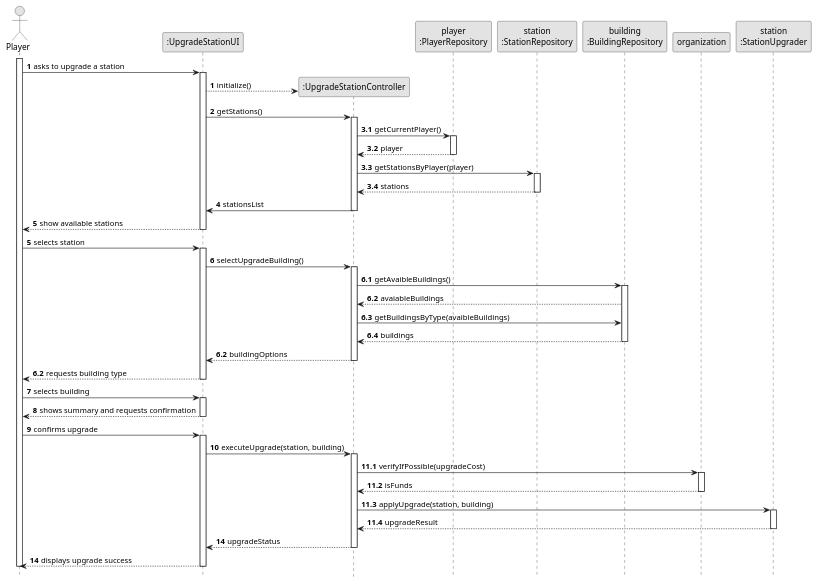
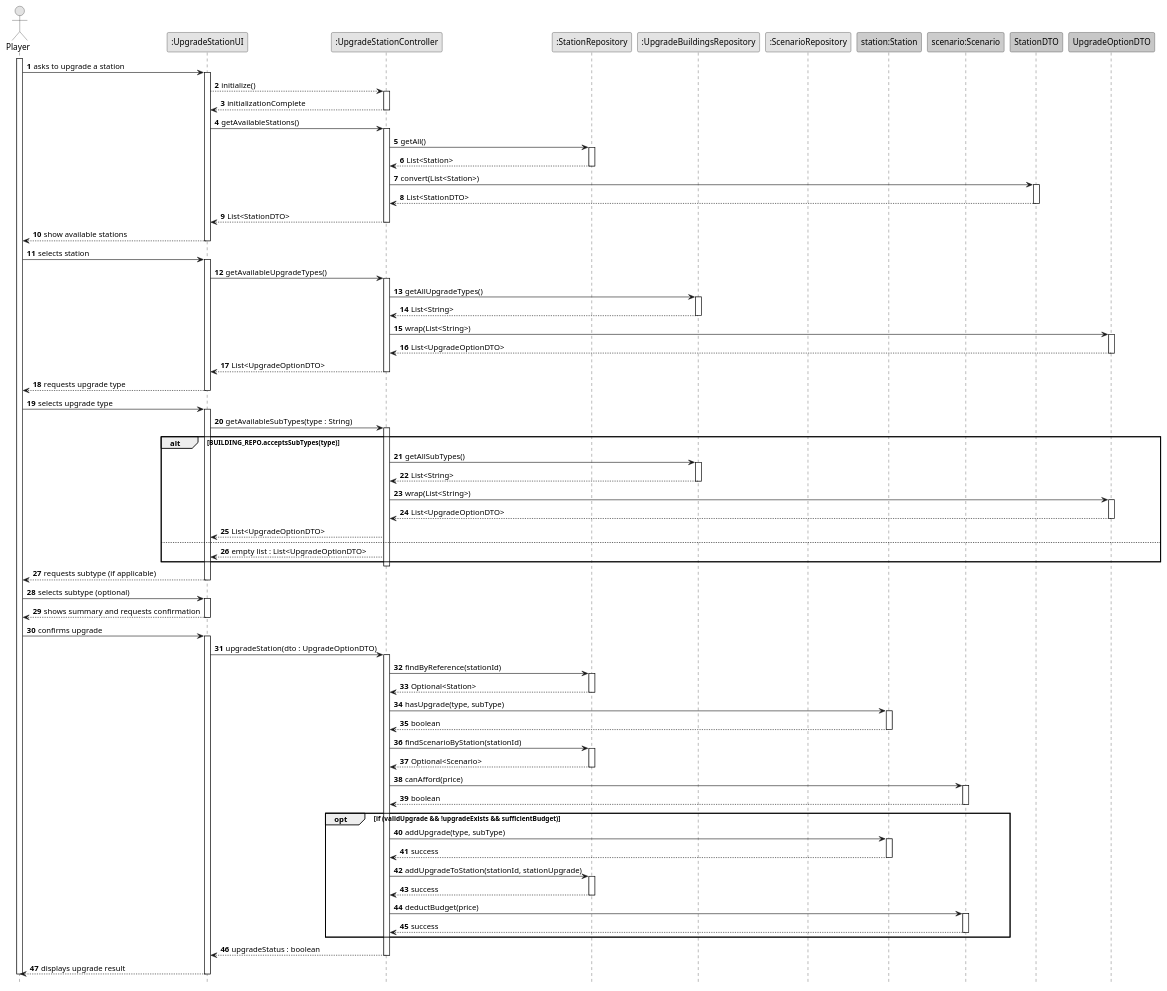
One commit to Andremonteiro1240850/railway_simulator changed the diagram in docs/system-documentation/US06/03.Design/puml/SSD-Full.puml. Above: the diagram before and after it, drawn with PlantUML. The commit also changed 7 other files, not shown here.

```diff
--- a/docs/system-documentation/US06/03.Design/puml/SSD-Full.puml
+++ b/docs/system-documentation/US06/03.Design/puml/SSD-Full.puml
@@ -1,118 +2,145 @@
 @startuml
 skinparam monochrome true
 skinparam packageStyle rectangle
 skinparam shadowing false
 
 autonumber
 
 hide footbox
 actor "Player" as PLAYER
 
 participant ":UpgradeStationUI" as UI
 participant ":UpgradeStationController" as CTRL
-participant "player\n:PlayerRepository" as PLAYER_REPO
-participant "station\n:StationRepository" as STATION_REPO
-participant "building\n:BuildingRepository" as BUILDING_REPO
-participant "organization" as ECONOMY
-participant "station\n:StationUpgrader" as UPGRADER
+participant ":StationRepository" as STATION_REPO
+participant ":UpgradeBuildingsRepository" as BUILDING_REPO
+participant ":ScenarioRepository" as SCENARIO_REPO
+participant "station:Station" as STATION_OBJ #LightBlue
+participant "scenario:Scenario" as SCENARIO_OBJ #LightBlue
+
+' DTOs adicionados
+participant "StationDTO" as STATION_DTO #LightGreen
+participant "UpgradeOptionDTO" as UPGRADE_DTO #LightGreen
 
 activate PLAYER
 
-    PLAYER -> UI : asks to upgrade a station
-    autonumber 1
+PLAYER -> UI : asks to upgrade a station
+activate UI
+    UI --> CTRL : initialize()
+    activate CTRL
+    CTRL --> UI : initializationComplete
+    deactivate CTRL
 
-    activate UI
-        UI --> CTRL** : initialize()
-        autonumber 2
-        UI -> CTRL : getStations()
-        autonumber 3
+    UI -> CTRL : getAvailableStations()
+    activate CTRL
+        CTRL -> STATION_REPO : getAll()
+        activate STATION_REPO
+        STATION_REPO --> CTRL : List<Station>
+        deactivate STATION_REPO
 
-        autonumber 3.1
-        activate CTRL
+        CTRL -> STATION_DTO : convert(List<Station>)
+        activate STATION_DTO
+        STATION_DTO --> CTRL : List<StationDTO>
+        deactivate STATION_DTO
+        CTRL --> UI : List<StationDTO>
+    deactivate CTRL
 
-                CTRL -> PLAYER_REPO : getCurrentPlayer()
-                activate PLAYER_REPO
-                    PLAYER_REPO --> CTRL : player
-                deactivate PLAYER_REPO
+    UI --> PLAYER : show available stations
+deactivate UI
 
-                CTRL -> STATION_REPO : getStationsByPlayer(player)
-                activate STATION_REPO
-                    STATION_REPO --> CTRL : stations
-                deactivate STATION_REPO
-
-            autonumber 4
-            CTRL -> UI : stationsList
-
-        deactivate CTRL
-        UI --> PLAYER : show available stations
-        autonumber 5
-    deactivate UI
-
-    PLAYER -> UI : selects station
-    autonumber 6
-    activate UI
-        UI -> CTRL : selectUpgradeBuilding()
-autonumber 6.1
-
-
-activate CTRL
-
-
-        CTRL -> BUILDING_REPO : getAvaibleBuildings()
-       activate BUILDING_REPO
-            BUILDING_REPO --> CTRL : avaiableBuildings
-
-
-        CTRL -> BUILDING_REPO : getBuildingsByType(avaibleBuildings)
-
-            BUILDING_REPO --> CTRL : buildings
+PLAYER -> UI : selects station
+activate UI
+    UI -> CTRL : getAvailableUpgradeTypes()
+    activate CTRL
+        CTRL -> BUILDING_REPO : getAllUpgradeTypes()
+        activate BUILDING_REPO
+        BUILDING_REPO --> CTRL : List<String>
         deactivate BUILDING_REPO
 
-    autonumber 6.2
+        CTRL -> UPGRADE_DTO : wrap(List<String>)
+        activate UPGRADE_DTO
+        UPGRADE_DTO --> CTRL : List<UpgradeOptionDTO>
+        deactivate UPGRADE_DTO
+        CTRL --> UI : List<UpgradeOptionDTO>
+    deactivate CTRL
 
+    UI --> PLAYER : requests upgrade type
+deactivate UI
 
-            CTRL --> UI : buildingOptions
-            autonumber 6.2
-        deactivate CTRL
+PLAYER -> UI : selects upgrade type
+activate UI
+    UI -> CTRL : getAvailableSubTypes(type : String)
+    activate CTRL
 
-        UI --> PLAYER : requests building type
-        autonumber 7
-    deactivate UI
+    alt BUILDING_REPO.acceptsSubTypes(type)
+        CTRL -> BUILDING_REPO : getAllSubTypes()
+        activate BUILDING_REPO
+        BUILDING_REPO --> CTRL : List<String>
+        deactivate BUILDING_REPO
 
-    PLAYER -> UI : selects building
-    autonumber 8
-    activate UI
-        UI --> PLAYER : shows summary and requests confirmation
-        autonumber 9
-    deactivate UI
+        CTRL -> UPGRADE_DTO : wrap(List<String>)
+        activate UPGRADE_DTO
+        UPGRADE_DTO --> CTRL : List<UpgradeOptionDTO>
+        deactivate UPGRADE_DTO
+        CTRL --> UI : List<UpgradeOptionDTO>
+    else
+        CTRL --> UI : empty list : List<UpgradeOptionDTO>
+    end
+    deactivate CTRL
 
-    PLAYER -> UI : confirms upgrade
-    autonumber 10
-    activate UI
-        UI -> CTRL : executeUpgrade(station, building)
-        autonumber 11
-        autonumber 11.1
-        activate CTRL
+    UI --> PLAYER : requests subtype (if applicable)
+deactivate UI
 
-                CTRL -> ECONOMY : verifyIfPossible(upgradeCost)
-                activate ECONOMY
-                    ECONOMY --> CTRL : isFunds
-                deactivate ECONOMY
+PLAYER -> UI : selects subtype (optional)
+activate UI
+    UI --> PLAYER : shows summary and requests confirmation
+deactivate UI
 
-                CTRL -> UPGRADER : applyUpgrade(station, building)
-                activate UPGRADER
-                    UPGRADER --> CTRL : upgradeResult
-                deactivate UPGRADER
+PLAYER -> UI : confirms upgrade
+activate UI
+    UI -> CTRL : upgradeStation(dto : UpgradeOptionDTO)
+    activate CTRL
 
-            autonumber 14
+        CTRL -> STATION_REPO : findByReference(stationId)
+        activate STATION_REPO
+        STATION_REPO --> CTRL : Optional<Station>
+        deactivate STATION_REPO
 
+        CTRL -> STATION_OBJ : hasUpgrade(type, subType)
+        activate STATION_OBJ
+        STATION_OBJ --> CTRL : boolean
+        deactivate STATION_OBJ
 
-            CTRL --> UI: upgradeStatus
-            autonumber 14
-        deactivate CTRL
-        UI --> PLAYER: displays upgrade success
-        autonumber 15
-    deactivate UI
+        CTRL -> STATION_REPO : findScenarioByStation(stationId)
+        activate STATION_REPO
+        STATION_REPO --> CTRL : Optional<Scenario>
+        deactivate STATION_REPO
+
+        CTRL -> SCENARIO_OBJ : canAfford(price)
+        activate SCENARIO_OBJ
+        SCENARIO_OBJ --> CTRL : boolean
+        deactivate SCENARIO_OBJ
+
+        opt if (validUpgrade && !upgradeExists && sufficientBudget)
+            CTRL -> STATION_OBJ : addUpgrade(type, subType)
+            activate STATION_OBJ
+            STATION_OBJ --> CTRL : success
+            deactivate STATION_OBJ
+
+            CTRL -> STATION_REPO : addUpgradeToStation(stationId, stationUpgrade)
+            activate STATION_REPO
+            STATION_REPO --> CTRL : success
+            deactivate STATION_REPO
+
+            CTRL -> SCENARIO_OBJ : deductBudget(price)
+            activate SCENARIO_OBJ
+            SCENARIO_OBJ --> CTRL : success
+            deactivate SCENARIO_OBJ
+        end
+
+        CTRL --> UI : upgradeStatus : boolean
+    deactivate CTRL
+    UI --> PLAYER : displays upgrade result
+deactivate UI
 
 deactivate PLAYER
 @enduml
```
